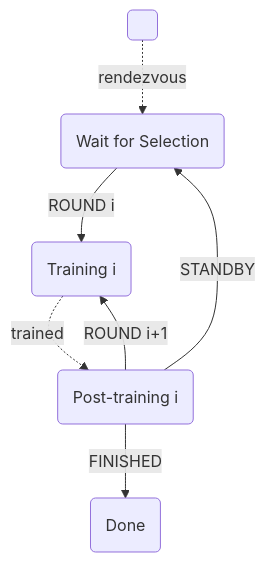
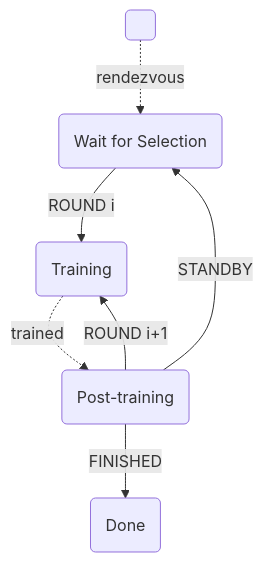
The second of 2 diagrams in docs/network_architecture.rst (xaynetwork/xaynet), drawn with Mermaid before and after one commit. The commit also changed other lines of this file and 1 other file, not shown here.

```diff
--- a/docs/network_architecture.rst
+++ b/docs/network_architecture.rst
@@ -332,9 +414,9 @@
 .. mermaid::
 
    graph TB
    A( ) -.->|rendezvous| B(Wait for Selection)
-   B -->|ROUND i| C(Training i)
+   B -->|ROUND i| C(Training)
    D -->|ROUND i+1| C
-   C -.->|trained| D(Post-training i)
+   C -.->|trained| D(Post-training)
    D -->|FINISHED| E(Done)
    D -->|STANDBY| B
```
